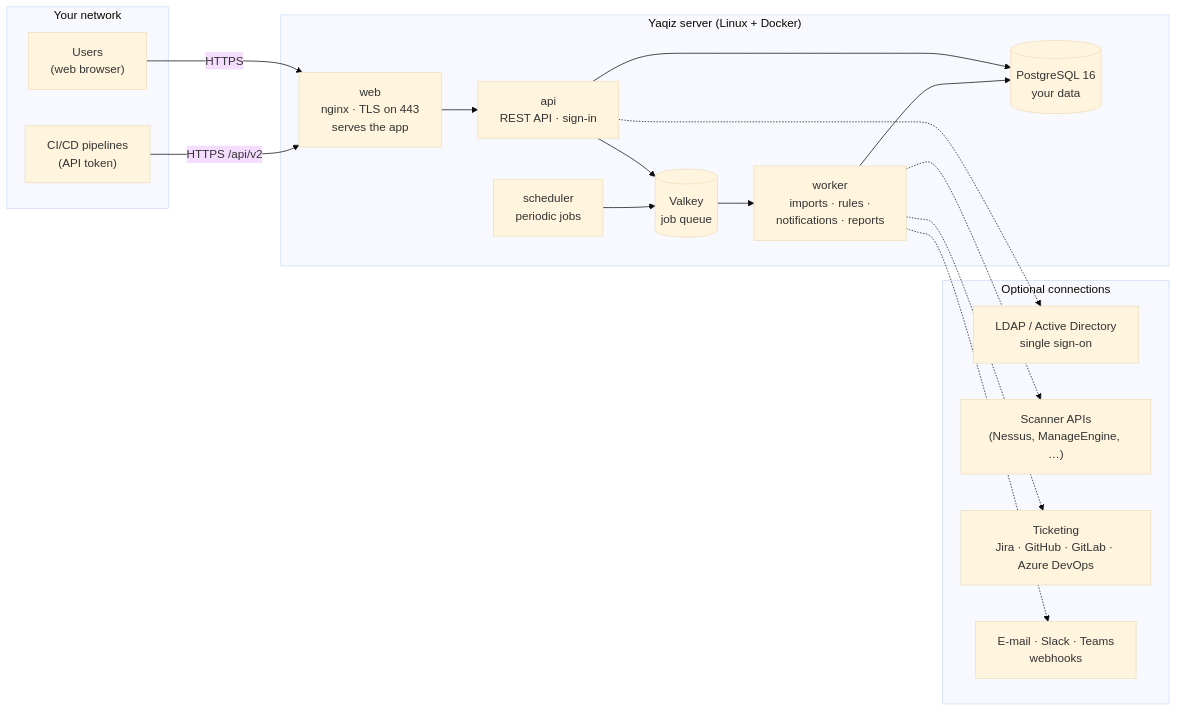
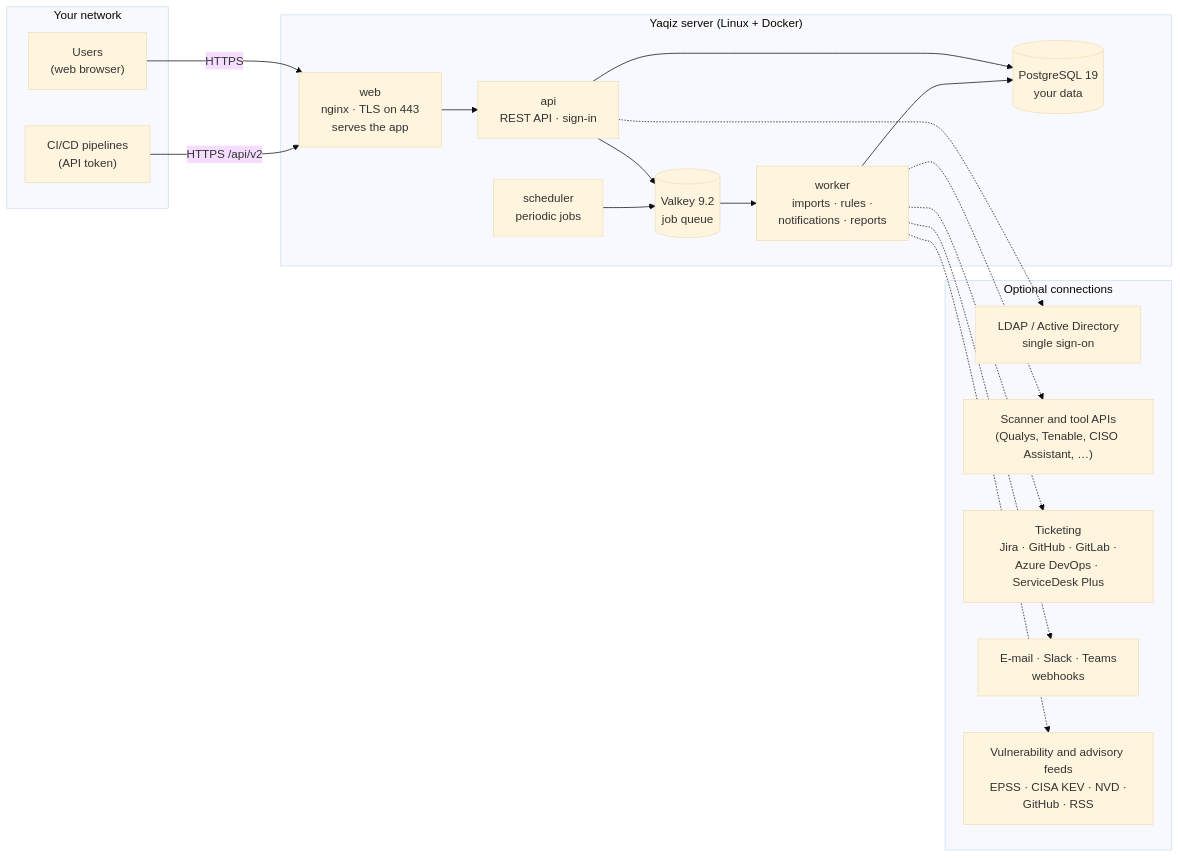
Before and after one commit to 0peng/yaqiz-releases: the diagram in README.md, drawn with Mermaid (base theme). The commit also changed other lines of this file and 42 other files, not shown here.

````diff
--- a/README.md
+++ b/README.md
@@ -122,36 +185,38 @@
 ```mermaid
 flowchart LR
   subgraph clients["Your network"]
     U["Users<br/>(web browser)"]
     CI["CI/CD pipelines<br/>(API token)"]
   end
 
   subgraph host["Yaqiz server (Linux + Docker)"]
     W["web<br/>nginx · TLS on 443<br/>serves the app"]
     A["api<br/>REST API · sign-in"]
     WK["worker<br/>imports · rules ·<br/>notifications · reports"]
     B["scheduler<br/>periodic jobs"]
-    PG[("PostgreSQL 16<br/>your data")]
-    Q[("Valkey<br/>job queue")]
+    PG[("PostgreSQL 19<br/>your data")]
+    Q[("Valkey 9.2<br/>job queue")]
   end
 
   subgraph opt["Optional connections"]
     IDP["LDAP / Active Directory<br/>single sign-on"]
-    SC["Scanner APIs<br/>(Nessus, ManageEngine, …)"]
-    TK["Ticketing<br/>Jira · GitHub · GitLab · Azure DevOps"]
+    SC["Scanner and tool APIs<br/>(Qualys, Tenable, CISO Assistant, …)"]
+    TK["Ticketing<br/>Jira · GitHub · GitLab ·<br/>Azure DevOps · ServiceDesk Plus"]
     MSG["E-mail · Slack · Teams<br/>webhooks"]
+    FEED["Vulnerability and advisory feeds<br/>EPSS · CISA KEV · NVD ·<br/>GitHub · RSS"]
   end
 
   U -->|HTTPS| W
   CI -->|"HTTPS /api/v2"| W
   W --> A
   A --> PG
   A --> Q
   B --> Q
   Q --> WK
   WK --> PG
   A -.-> IDP
   WK -.-> SC
   WK -.-> TK
   WK -.-> MSG
+  WK -.-> FEED
 ```
````
